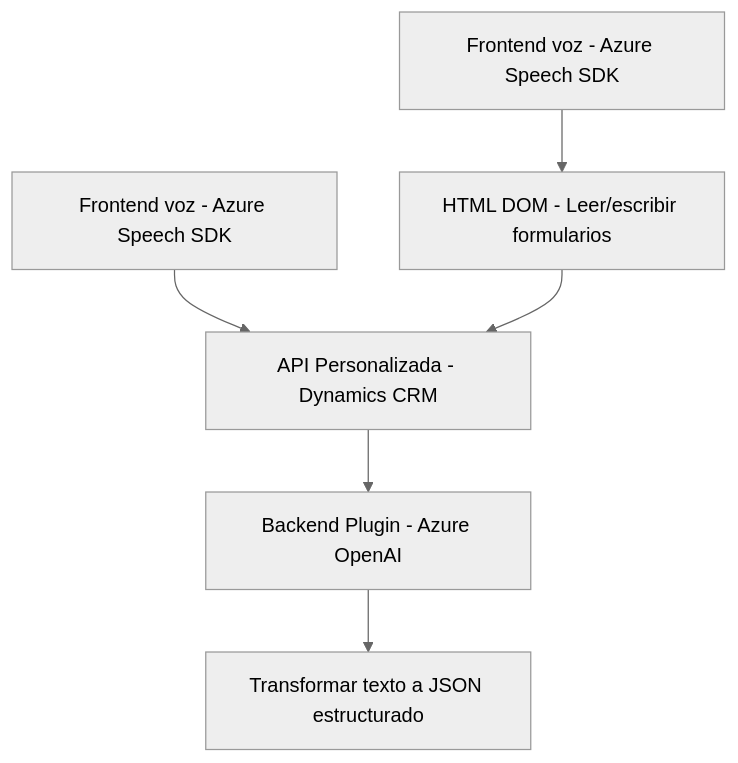
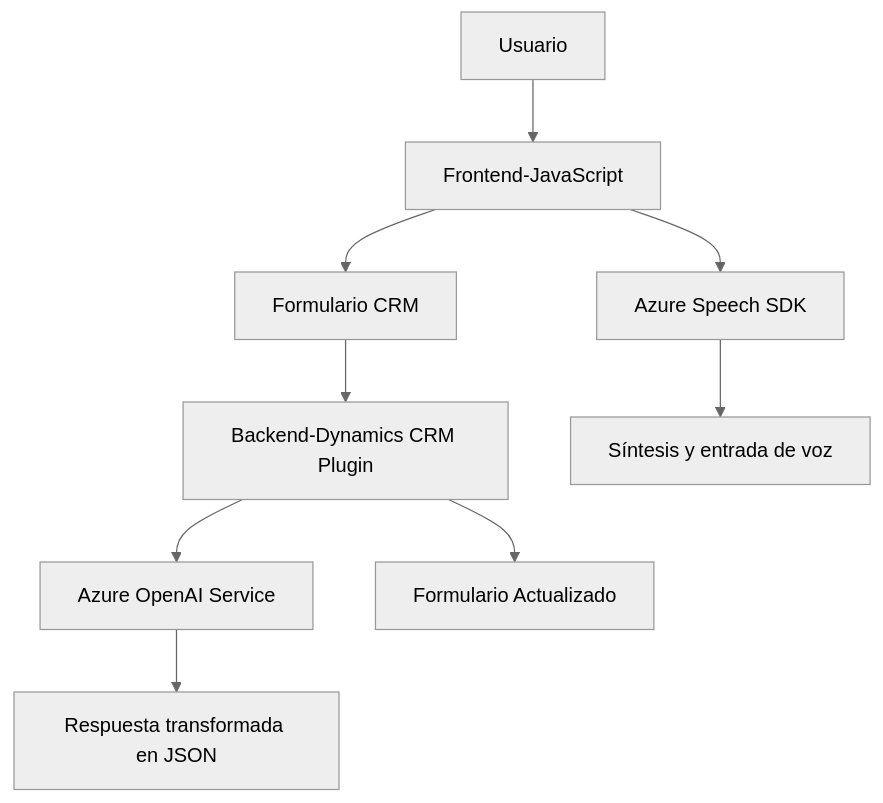
Before and after one commit to blopezdm/NETCORE_BILBAO2025: the diagram in README.md, drawn with Mermaid (neutral theme). The commit also changed other lines of this file, not shown here.

````diff
--- a/README.md
+++ b/README.md
@@ -42,8 +43,11 @@
 ```mermaid
 graph TD
-    A["Frontend voz - Azure Speech SDK"] --> B["API Personalizada - Dynamics CRM"]
-    B["API Personalizada - Dynamics CRM"] --> C["Backend Plugin - Azure OpenAI"]
-    C["Backend Plugin - Azure OpenAI"] --> D["Transformar texto a JSON estructurado"]
-    E["Frontend voz - Azure Speech SDK"] --> F["HTML DOM - Leer/escribir formularios"]
-    F["HTML DOM - Leer/escribir formularios"] --> B
+    A["Usuario"] --> B["Frontend-JavaScript"]
+    B --> C["Azure Speech SDK"]
+    B --> D["Formulario CRM"]
+    D --> E["Backend-Dynamics CRM Plugin"]
+    E --> F["Azure OpenAI Service"]
+    F --> G["Respuesta transformada en JSON"]
+    E --> H["Formulario Actualizado"]
+    C --> I["Síntesis y entrada de voz"]
 ```
````
